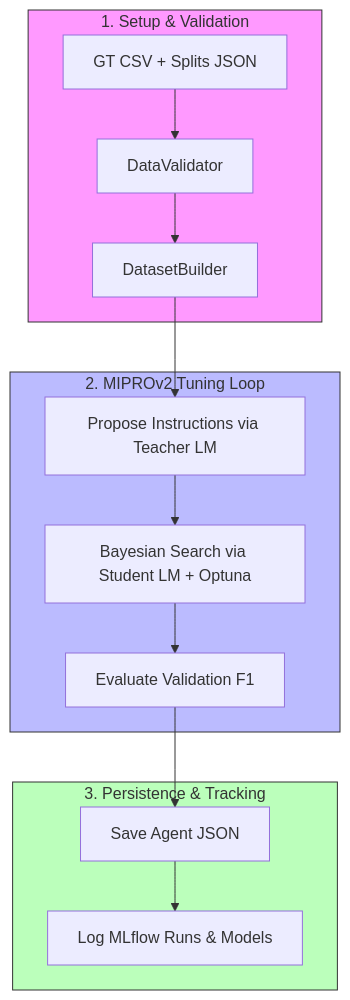
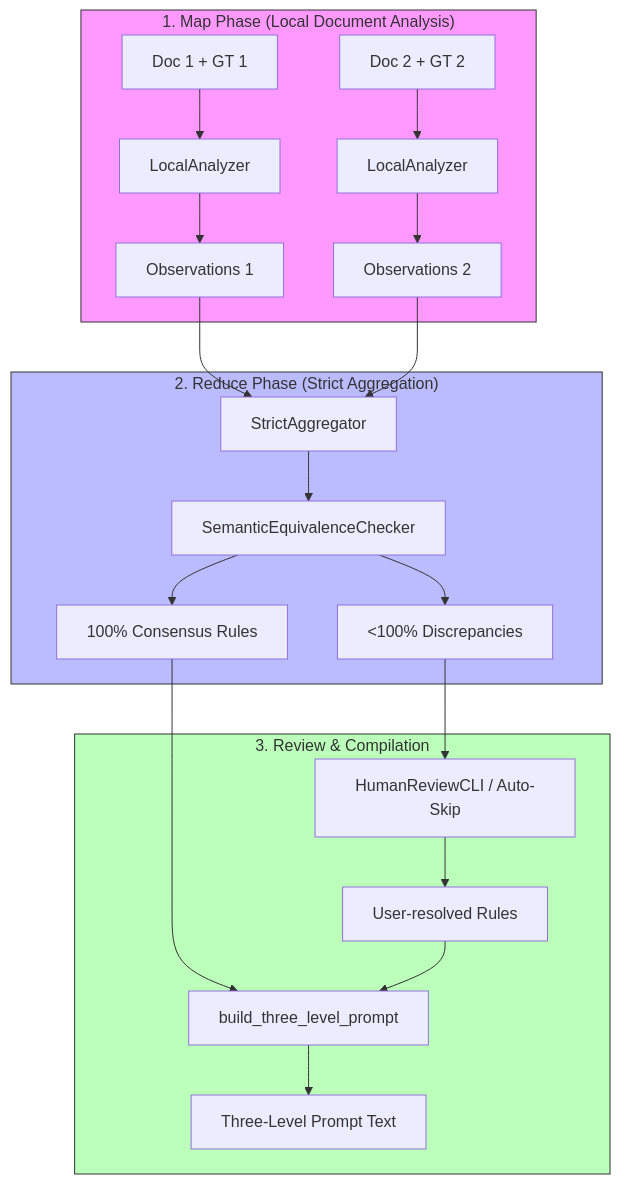
The diagram in docs/optimization_module.md (arutamonofu/adaptive-extractor), drawn with Mermaid before and after one commit. The commit also changed other lines of this file and 16 other files, not shown here.

````diff
--- a/docs/optimization_module.md
+++ b/docs/optimization_module.md
@@ -65,22 +114,27 @@
 ```mermaid
 flowchart TD
-    subgraph Setup ["1. Setup & Validation"]
-        A[GT CSV + Splits JSON] --> B[DataValidator]
-        B --> C[DatasetBuilder]
+    subgraph MapPhase ["1. Map Phase (Local Document Analysis)"]
+        D1[Doc 1 + GT 1] --> LA1[LocalAnalyzer]
+        D2[Doc 2 + GT 2] --> LA2[LocalAnalyzer]
+        LA1 --> Obs1[Observations 1]
+        LA2 --> Obs2[Observations 2]
     end
 
-    subgraph Optimize ["2. MIPROv2 Tuning Loop"]
-        C --> D[Propose Instructions via Teacher LM]
-        D --> E[Bayesian Search via Student LM + Optuna]
-        E --> F[Evaluate Validation F1]
+    subgraph ReducePhase ["2. Reduce Phase (Strict Aggregation)"]
+        Obs1 & Obs2 --> SA[StrictAggregator]
+        SA --> SEC[SemanticEquivalenceChecker]
+        SEC --> Rules[100% Consensus Rules]
+        SEC --> Discrepancies[<100% Discrepancies]
     end
 
-    subgraph Save ["3. Persistence & Tracking"]
-        F --> G[Save Agent JSON]
-        G --> H[Log MLflow Runs & Models]
+    subgraph ReviewPhase ["3. Review & Compilation"]
+        Discrepancies --> HR[HumanReviewCLI / Auto-Skip]
+        HR --> ResolvedRules[User-resolved Rules]
+        Rules & ResolvedRules --> BC[build_three_level_prompt]
+        BC --> FinalPrompt[Three-Level Prompt Text]
     end
 
-    style Setup fill:#f9f,stroke:#333,stroke-width:1px
-    style Optimize fill:#bbf,stroke:#333,stroke-width:1px
-    style Save fill:#bfb,stroke:#333,stroke-width:1px
+    style MapPhase fill:#f9f,stroke:#333,stroke-width:1px
+    style ReducePhase fill:#bbf,stroke:#333,stroke-width:1px
+    style ReviewPhase fill:#bfb,stroke:#333,stroke-width:1px
 ```
````
